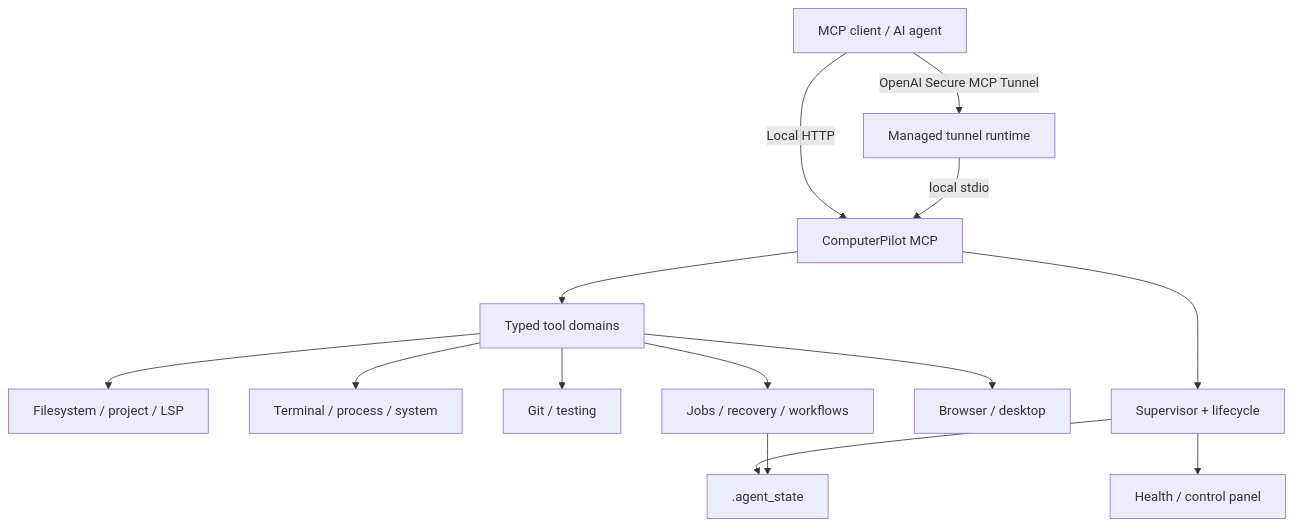
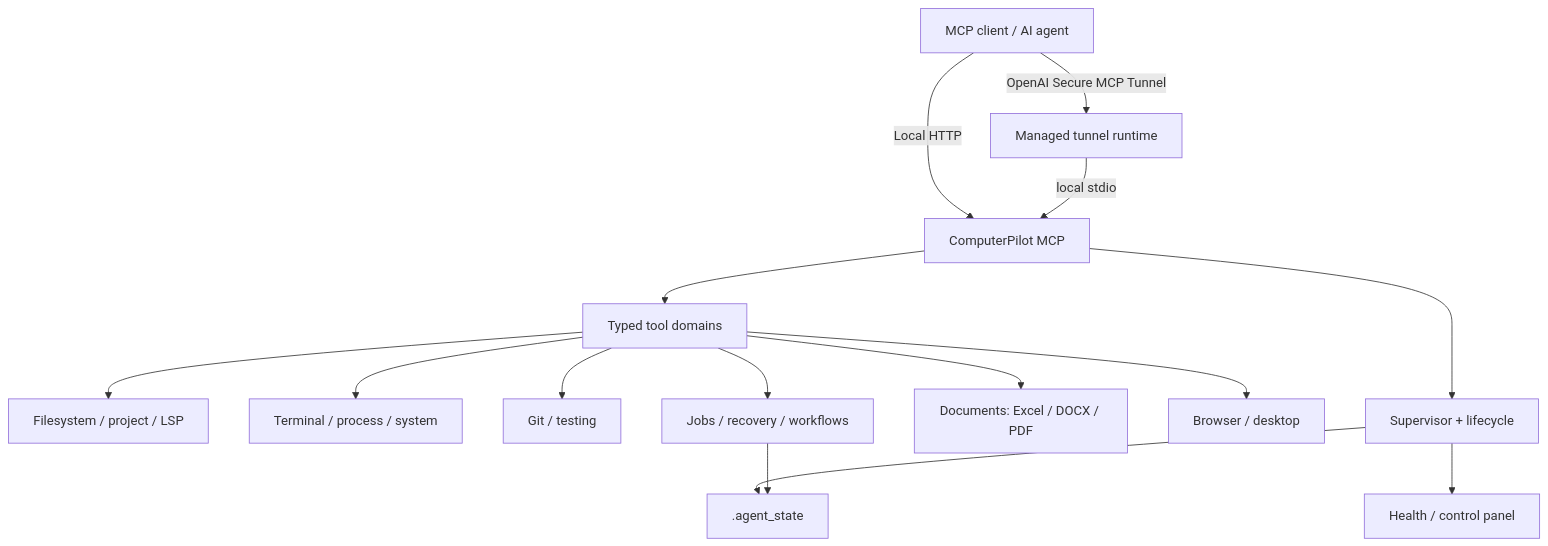
Before and after one commit to dibbed/computerpilot-mcp: the diagram in README.md, drawn with Mermaid. The commit also changed other lines of this file and 35 other files, not shown here.

````diff
--- a/README.md
+++ b/README.md
@@ -73,18 +74,19 @@
 ```mermaid
 flowchart TD
     A[MCP client / AI agent] -->|Local HTTP| B[ComputerPilot MCP]
     A -->|OpenAI Secure MCP Tunnel| T[Managed tunnel runtime]
     T -->|local stdio| B
 
     B --> D[Typed tool domains]
     D --> F[Filesystem / project / LSP]
     D --> P[Terminal / process / system]
     D --> G[Git / testing]
     D --> R[Jobs / recovery / workflows]
+    D --> O[Documents: Excel / DOCX / PDF]
     D --> U[Browser / desktop]
 
     B --> S[Supervisor + lifecycle]
     S --> H[Health / control panel]
     S --> L[.agent_state]
     R --> L
 ```
````
